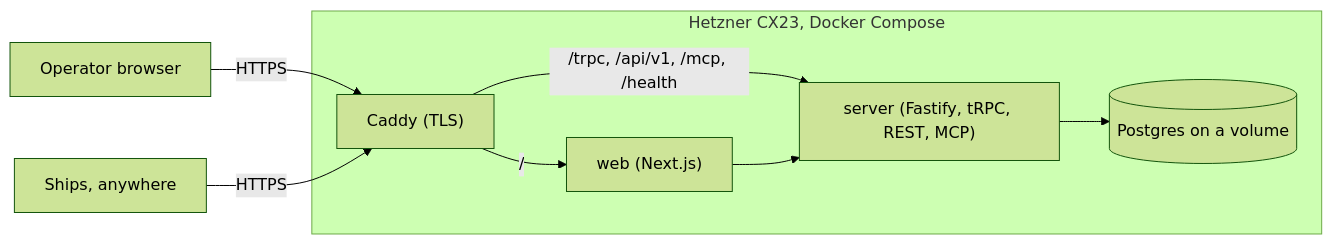
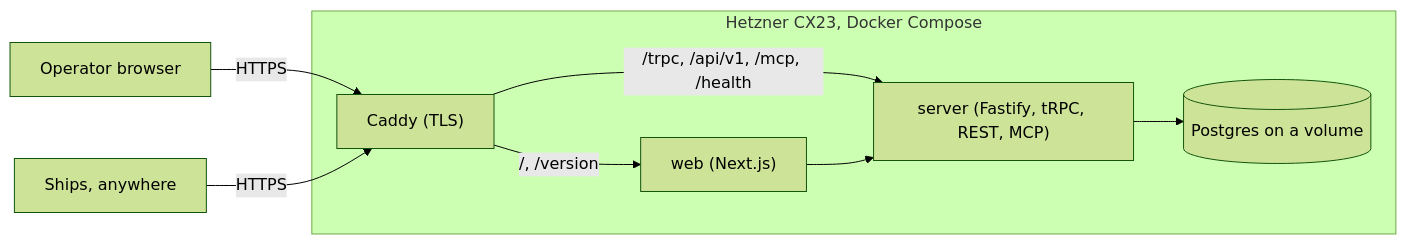
One commit to ThomasHendrickx/aeolus-fleet changed the diagram in docs/architecture.md. Above: the diagram before and after it, drawn with Mermaid (forest theme). The commit also changed other lines of this file and 1 other file, not shown here.

Commit message:
docs: /version and /api/version in the paths table and READMEs
Claude-Session: https://claude.ai/code/session_01PEWF2CCwiVi9EYSpfQoNMR

````diff
--- a/docs/architecture.md
+++ b/docs/architecture.md
@@ -63,15 +63,15 @@
 ```mermaid
 flowchart LR
   op["Operator browser"] -- HTTPS --> caddy
   ships["Ships, anywhere"] -- HTTPS --> caddy
   subgraph hetzner["Hetzner CX23, Docker Compose"]
     caddy["Caddy (TLS)"]
     web["web (Next.js)"]
     server["server (Fastify, tRPC, REST, MCP)"]
     pg[("Postgres on a volume")]
-    caddy -- "/" --> web
+    caddy -- "/, /version" --> web
     caddy -- "/trpc, /api/v1, /mcp, /health" --> server
     web --> server
     server --> pg
   end
 ```
````
